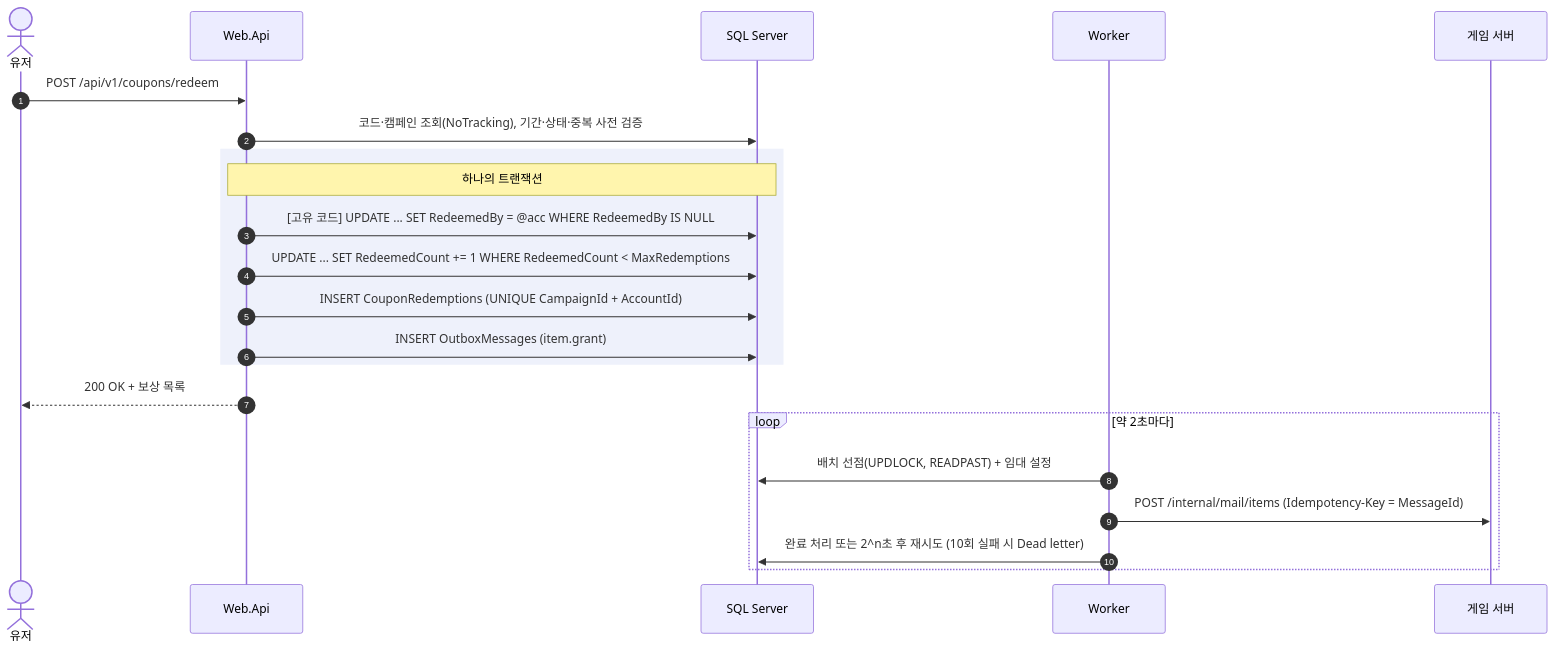
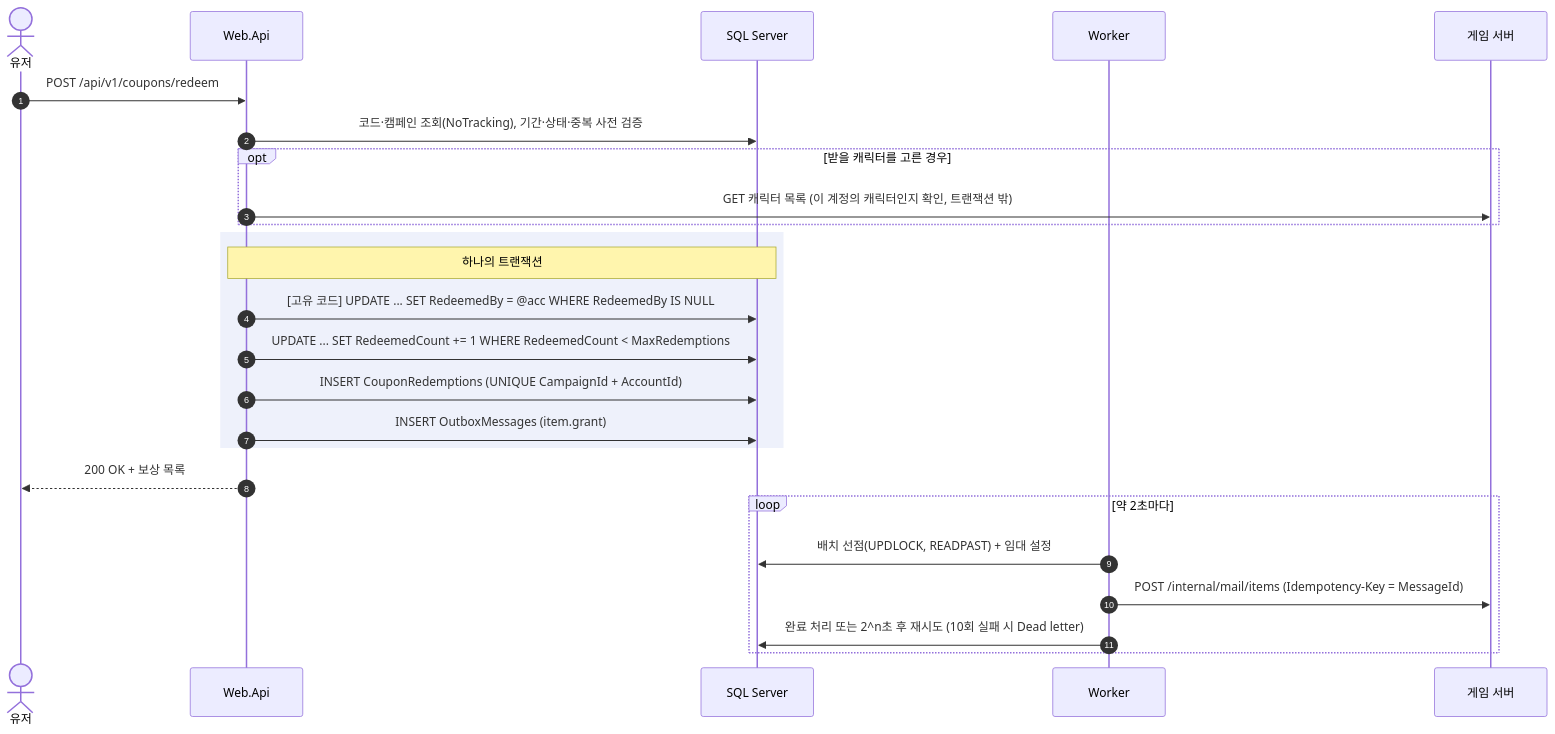
One commit to hyunolike/game-portal-poc changed the second of 6 diagrams in README.ko.md. Above: the diagram before and after it, drawn with Mermaid. The commit also changed other lines of this file and 47 other files, not shown here.

````diff
--- a/README.ko.md
+++ b/README.ko.md
@@ -119,25 +120,28 @@
 ```mermaid
 sequenceDiagram
     autonumber
     actor P as 유저
     participant W as Web.Api
     participant DB as SQL Server
     participant K as Worker
     participant G as 게임 서버
 
     P->>W: POST /api/v1/coupons/redeem
     W->>DB: 코드·캠페인 조회(NoTracking), 기간·상태·중복 사전 검증
+    opt 받을 캐릭터를 고른 경우
+        W->>G: GET 캐릭터 목록 (이 계정의 캐릭터인지 확인, 트랜잭션 밖)
+    end
     rect rgba(47, 84, 200, 0.08)
     Note over W,DB: 하나의 트랜잭션
     W->>DB: [고유 코드] UPDATE ... SET RedeemedBy = @acc WHERE RedeemedBy IS NULL
     W->>DB: UPDATE ... SET RedeemedCount += 1 WHERE RedeemedCount < MaxRedemptions
     W->>DB: INSERT CouponRedemptions (UNIQUE CampaignId + AccountId)
     W->>DB: INSERT OutboxMessages (item.grant)
     end
     W-->>P: 200 OK + 보상 목록
     loop 약 2초마다
         K->>DB: 배치 선점(UPDLOCK, READPAST) + 임대 설정
         K->>G: POST /internal/mail/items (Idempotency-Key = MessageId)
         K->>DB: 완료 처리 또는 2^n초 후 재시도 (10회 실패 시 Dead letter)
     end
 ```
````
